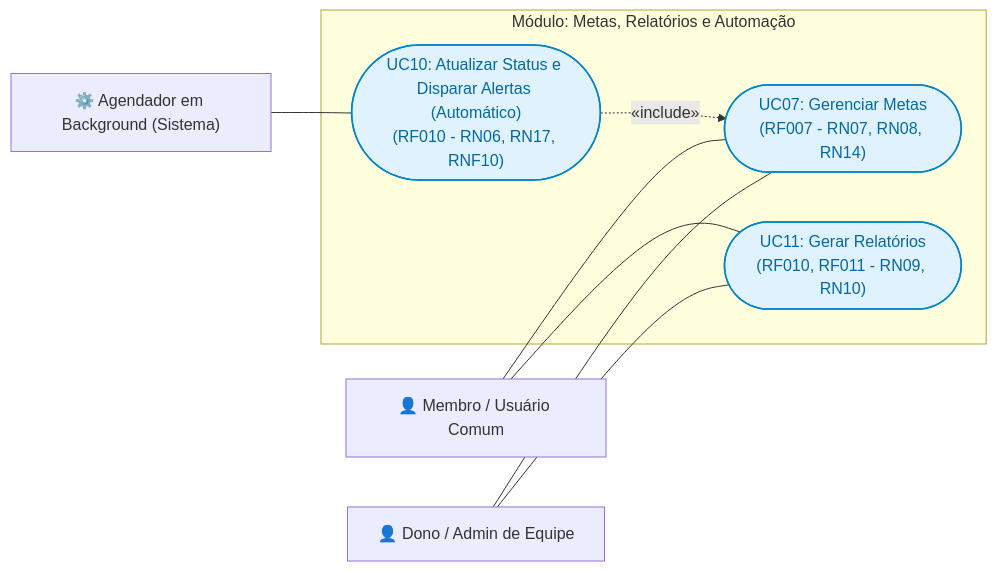
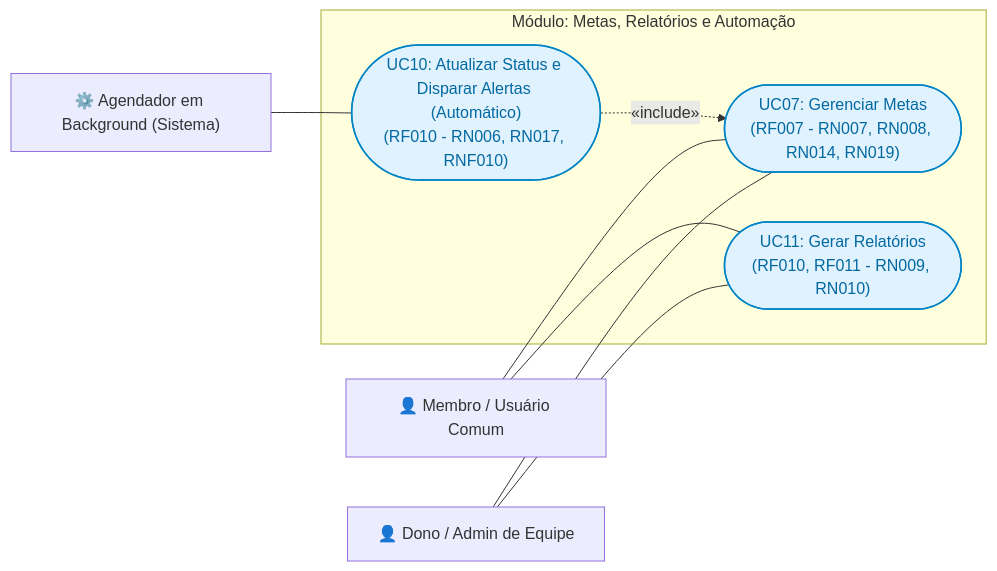
Before and after one commit to aikovlr/Cortex-backend: the ninth of 36 diagrams in DIAGRAMAS.md, drawn with Mermaid. The commit also changed other lines of this file and 30 other files, not shown here.

````diff
--- a/DIAGRAMAS.md
+++ b/DIAGRAMAS.md
@@ -791,26 +801,26 @@
 ```mermaid
 flowchart LR
     %% Atores
     Membro["👤 Membro / Usuário Comum"]
     Lideranca["👤 Dono / Admin de Equipe"]
     Sistema["⚙️ Agendador em Background (Sistema)"]
 
     subgraph ModuloMetasRelatorios ["Módulo: Metas, Relatórios e Automação"]
-        UC07(["UC07: Gerenciar Metas<br/>(RF007 - RN07, RN08, RN14)"])
-        UC11(["UC11: Gerar Relatórios<br/>(RF010, RF011 - RN09, RN10)"])
-        UC10(["UC10: Atualizar Status e Disparar Alertas (Automático)<br/>(RF010 - RN06, RN17, RNF10)"])
+        UC07(["UC07: Gerenciar Metas<br/>(RF007 - RN007, RN008, RN014, RN019)"])
+        UC11(["UC11: Gerar Relatórios<br/>(RF010, RF011 - RN009, RN010)"])
+        UC10(["UC10: Atualizar Status e Disparar Alertas (Automático)<br/>(RF010 - RN006, RN017, RNF010)"])
     end
 
     %% Vínculos de Atores
     Membro --- UC07
     Membro --- UC11
     Lideranca --- UC07
     Lideranca --- UC11
     Sistema --- UC10
 
     %% Inclusão: Atualização de metas disparada por conclusão de tarefas
     UC10 -.->|«include»| UC07
 
     classDef uc fill:#e0f2fe,stroke:#0284c7,stroke-width:1.5px,color:#0369a1;
     class UC07,UC10,UC11 uc;
 ```
````
